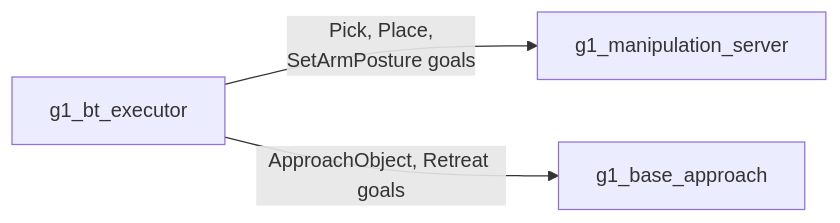
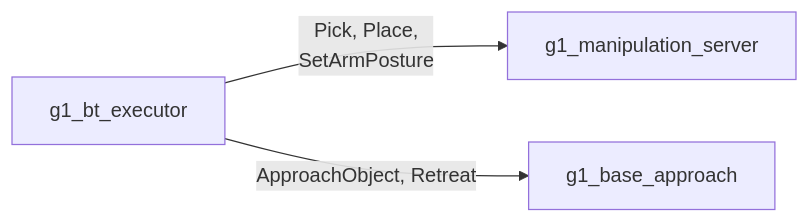
One commit to Adyansh04/grove-g1 changed the diagram in workspace/src/g1_msgs/README.md. Above: the diagram before and after it, drawn with Mermaid. The commit also changed other lines of this file and 20 other files, not shown here.

Commit message:
Refresh the READMEs and the architecture diagram for the lowcmd stack

````diff
--- a/workspace/src/g1_msgs/README.md
+++ b/workspace/src/g1_msgs/README.md
@@ -8,5 +8,5 @@
 ```mermaid
 flowchart LR
-    BT["g1_bt_executor"] -- "Pick, Place,<br/>SetArmPosture goals" --> MS["g1_manipulation_server"]
-    BT -- "ApproachObject, Retreat goals" --> BA["g1_base_approach"]
+    BT["g1_bt_executor"] -- "Pick, Place,<br/>SetArmPosture" --> MS["g1_manipulation_server"]
+    BT -- "ApproachObject, Retreat" --> BA["g1_base_approach"]
 ```
````
